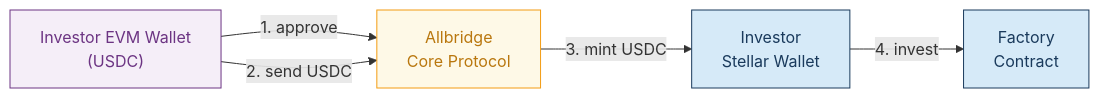
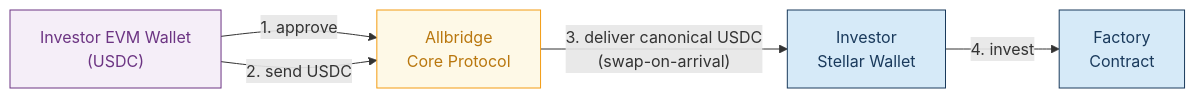
The fifth of 9 diagrams in 01-technical-architecture.md (Blazirus66/lend-stellar-stack-review), drawn with Mermaid before and after one commit. The commit also changed other lines of this file, not shown here.

First line of the commit message:
Integrate architecture review feedback — security, scalability, precision

````diff
--- a/01-technical-architecture.md
+++ b/01-technical-architecture.md
@@ -242,15 +341,15 @@
 ```mermaid
 graph LR
     EVM["Investor EVM Wallet<br/>(USDC)"] -->|"1. approve"| ALB["Allbridge<br/>Core Protocol"]
     EVM -->|"2. send USDC"| ALB
-    ALB -->|"3. mint USDC"| SW["Investor<br/>Stellar Wallet"]
+    ALB -->|"3. deliver canonical USDC<br/>(swap-on-arrival)"| SW["Investor<br/>Stellar Wallet"]
     SW -->|"4. invest"| FC["Factory<br/>Contract"]
 
     classDef evm fill:#f5eef8,stroke:#6c3483,color:#6c3483
     classDef bridge fill:#fef9e7,stroke:#f39c12,color:#b9770e
     classDef stellar fill:#d6eaf8,stroke:#1a3a5c,color:#1a3a5c
 
     class EVM evm
     class ALB bridge
     class SW,FC stellar
 ```
````
